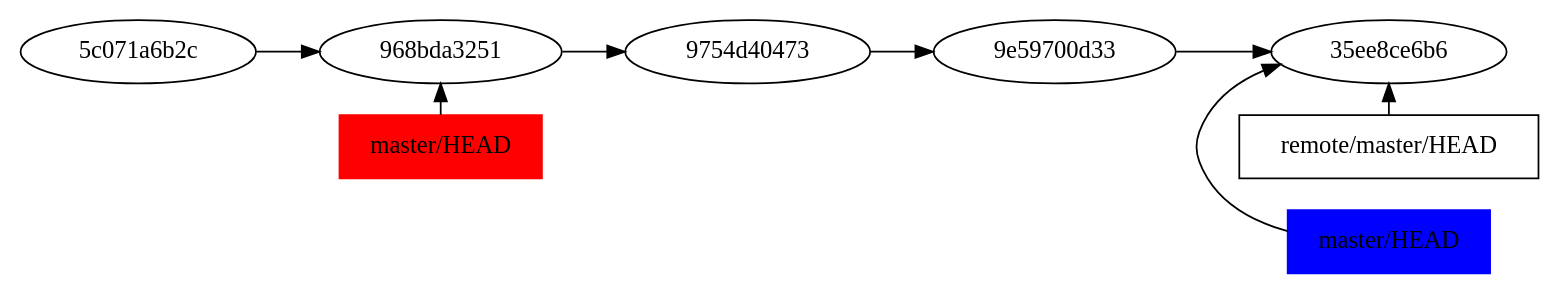
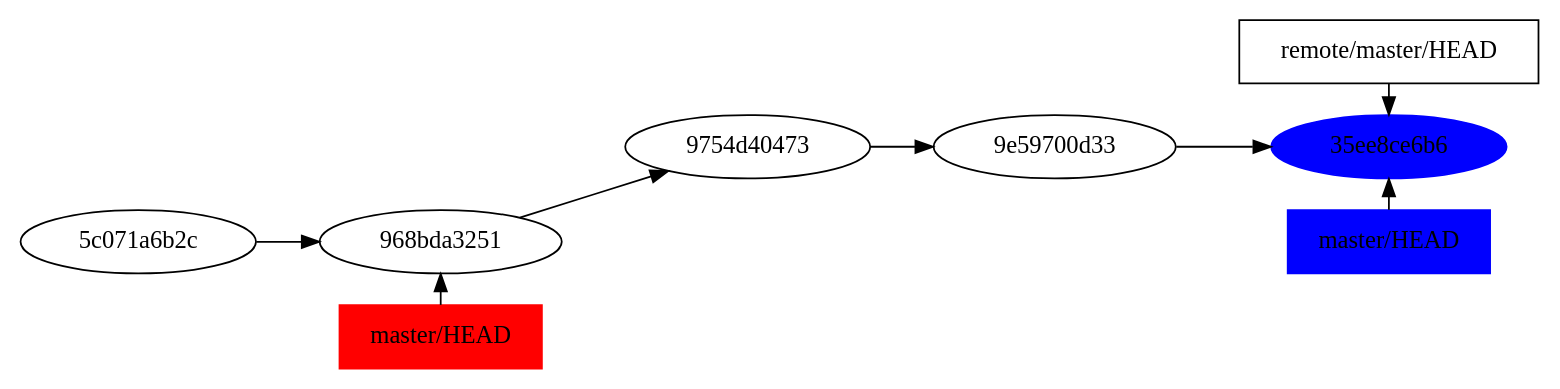
One commit to blackheaven/git-intro-if changed the diagram in diappositives/strategies/fastforward.dot. Above: the diagram before and after it, drawn with Graphviz. The commit also changed 1 other file, not shown here.

Commit message:
Rétablissement du graphe de FastFoward

```diff
--- a/diappositives/strategies/fastforward.dot
+++ b/diappositives/strategies/fastforward.dot
@@ -1,27 +1,29 @@
 digraph "Fast-forward"
 {
     rankdir=LR;
-    subgraph master
-    {
-        "5c071a6b2c" -> "968bda3251";
+    subgraph c1 {
+        rank=same;
+        "968bda3251";
+        oldmh [label="master/HEAD"] [shape=box] [color="red"] [style="filled"];
     }
-    subgraph branch
-    {
-        "968bda3251" -> "9754d40473" [weight=0];
-        "9754d40473" -> "9e59700d33" -> "35ee8ce6b6";
-    }
-    subgraph c1
-    {
-        rank="same";
-        "remote/master/HEAD" [shape=box];
-        "remote/master/HEAD" -> "35ee8ce6b6" [weight=0];
-        newmh [label="master/HEAD"] [shape=box] [color="blue"] [style="filled"];
-        newmh -> "35ee8ce6b6" [weight=0];
+    subgraph c1p5 {
+        rank=same;
+        "9754d40473";
+        inviso [style="invis"];
     }
     subgraph c2
     {
         rank="same";
-        oldmh [label="master/HEAD"] [shape=box] [color="red"] [style="filled"];
-        oldmh -> "968bda3251" [weight=0];
+        "remote/master/HEAD" [shape=box];
+        "35ee8ce6b6" [color="blue"] [style="filled"];
+        newmh [label="master/HEAD"] [shape=box] [color="blue"] [style="filled"];
     }
+    "5c071a6b2c" -> "968bda3251";
+    "968bda3251" -> "9754d40473" [weight=0];
+    "9754d40473" -> "9e59700d33" -> "35ee8ce6b6";
+    oldmh -> "968bda3251" [weight=0];
+    "remote/master/HEAD" -> "35ee8ce6b6";
+    newmh -> "35ee8ce6b6" [weight=0];
+    "968bda3251" -> inviso [style="invis"];
+    "9754d40473" -> inviso [style="invis"];
 }
```
